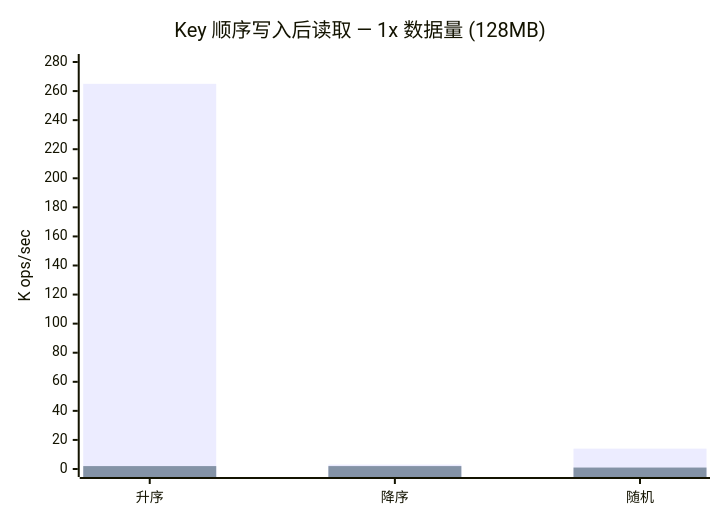
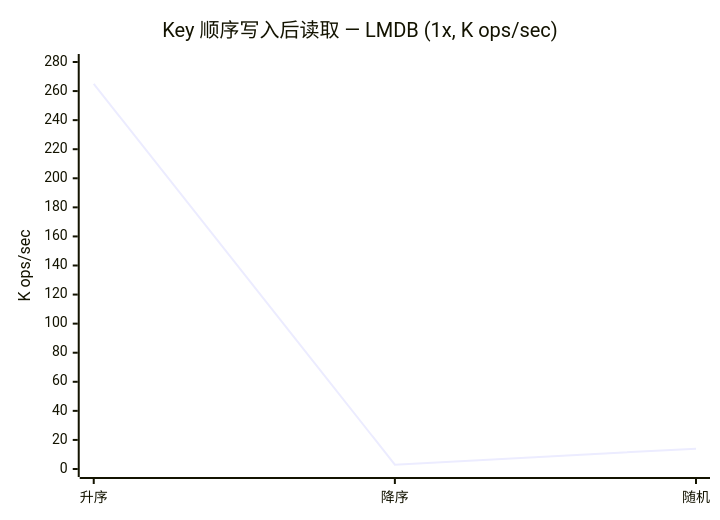
Before and after one commit to bangbang93/playground.js: diagram 11 of 16 in packages/db-bench/README.md, drawn with Mermaid. The commit also changed other lines of this file, not shown here.

First line of the commit message:
docs(db-bench): replace stacked bars with ratio lines in Mermaid charts

````diff
--- a/packages/db-bench/README.md
+++ b/packages/db-bench/README.md
@@ -325,8 +336,7 @@
 ```mermaid
 xychart-beta
-    title "Key 顺序写入后读取 — 1x 数据量 (128MB)"
+    title "Key 顺序写入后读取 — LMDB (1x, K ops/sec)"
     x-axis ["升序", "降序", "随机"]
     y-axis "K ops/sec" 0 --> 280
-    bar [265, 3, 14]
-    bar [2, 2, 1]
+    line [265, 3, 14]
 ```
````
